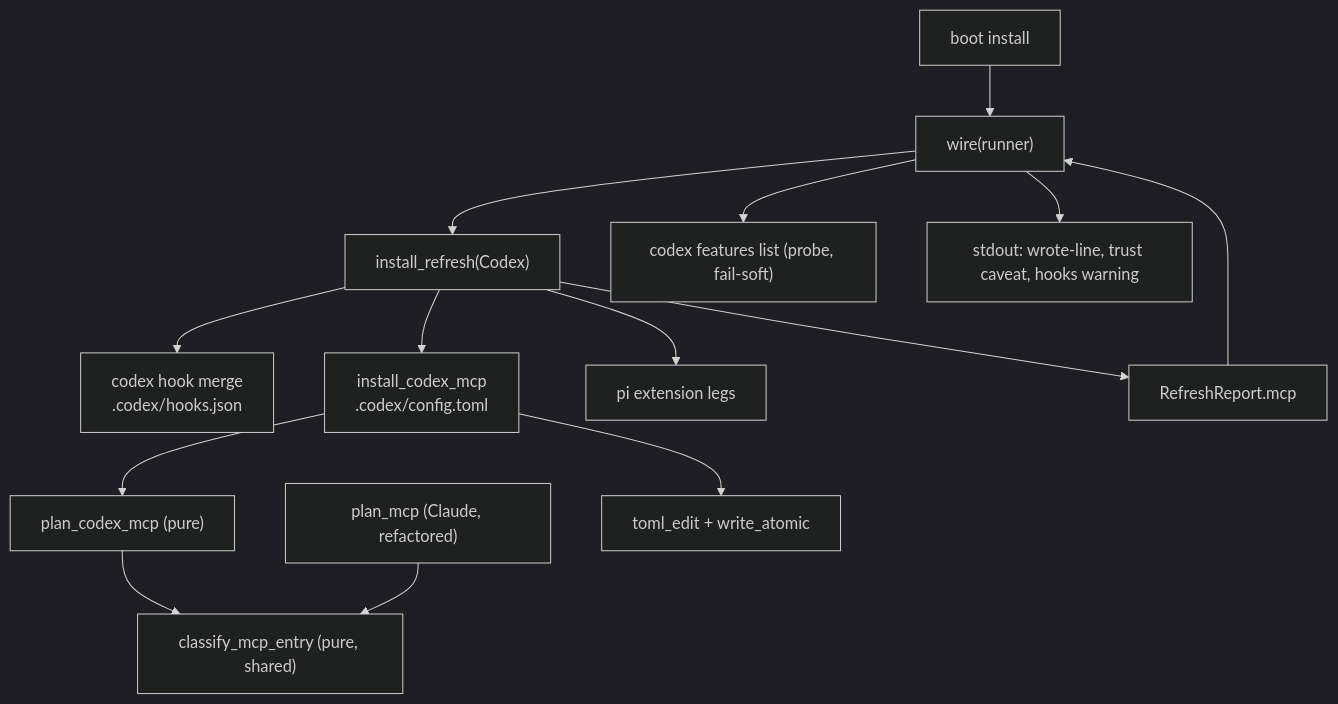
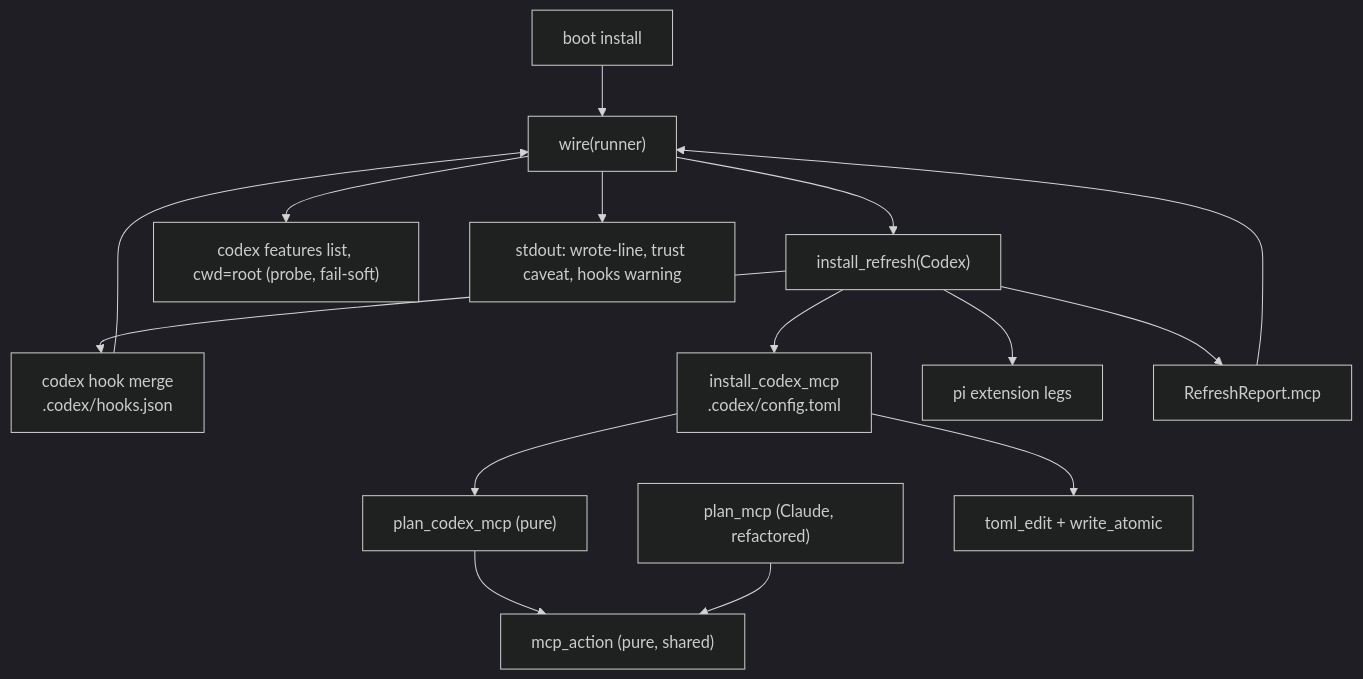
Before and after one commit to davidlee/doctrine: the first of 2 diagrams in .doctrine/slice/271/design.md, drawn with Mermaid (dark theme). The commit also changed other lines of this file and 6 other files, not shown here.

````diff
--- a/.doctrine/slice/271/design.md
+++ b/.doctrine/slice/271/design.md
@@ -139,16 +146,17 @@
 ```mermaid
 flowchart TD
   install["boot install"] --> wire["wire(runner)"]
   wire --> refresh["install_refresh(Codex)"]
   refresh --> hooks["codex hook merge<br/>.codex/hooks.json"]
   refresh --> mcp["install_codex_mcp<br/>.codex/config.toml"]
   refresh --> pi["pi extension legs"]
   mcp --> plan["plan_codex_mcp (pure)"]
-  plan --> classify["classify_mcp_entry (pure, shared)"]
-  monkey["plan_mcp (Claude, refactored)"] --> classify
+  plan --> action["mcp_action (pure, shared)"]
+  monkey["plan_mcp (Claude, refactored)"] --> action
   mcp --> write["toml_edit + write_atomic"]
   refresh --> report["RefreshReport.mcp"]
   report --> wire
-  wire --> probe["codex features list (probe, fail-soft)"]
+  hooks --> wire
+  wire --> probe["codex features list, cwd=root (probe, fail-soft)"]
   wire --> out["stdout: wrote-line, trust caveat, hooks warning"]
 ```
````
